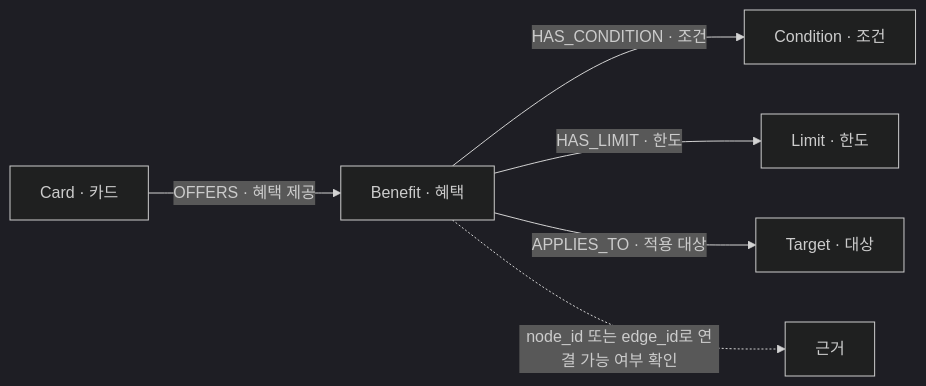
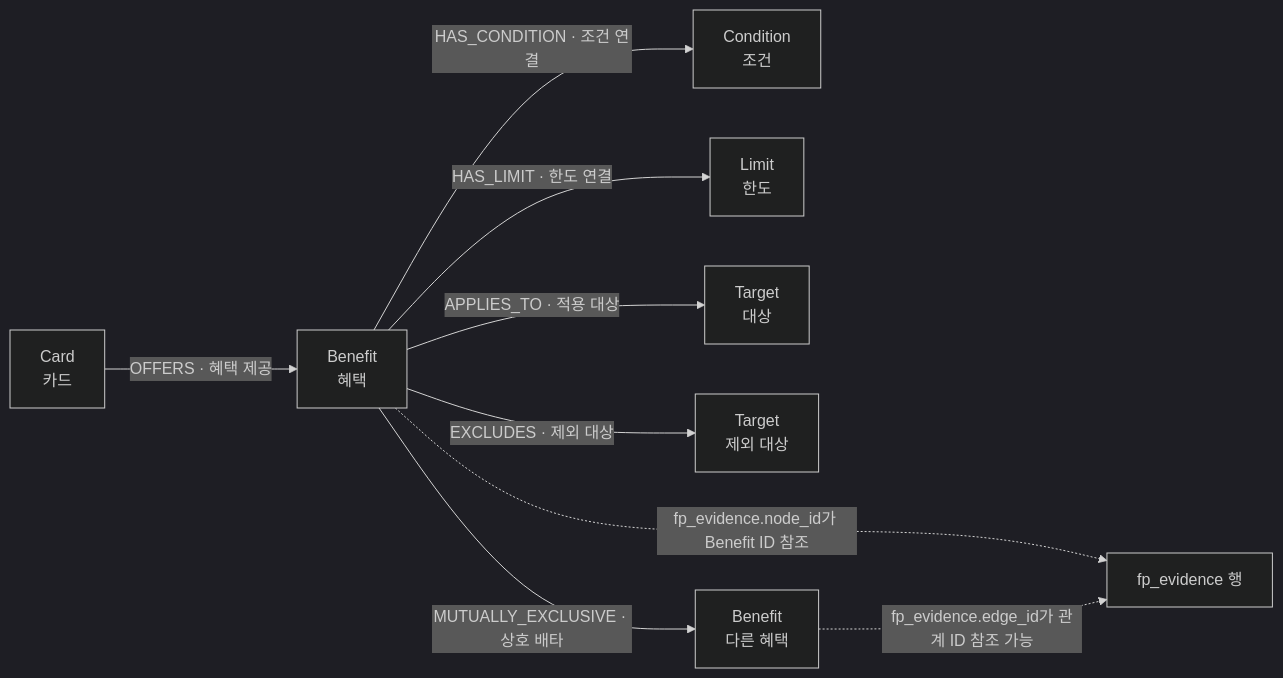
The third of 4 diagrams in src/card_benefit/payment_card/file_pipeline/chat/카드혜택-Supabase-구조-보완-초안.md (encore-ai-campus/mle-02-p2-team3), drawn with Mermaid (dark theme) before and after one commit. The commit also changed other lines of this file and 2 other files, not shown here.

````diff
--- a/src/card_benefit/payment_card/file_pipeline/chat/카드혜택-Supabase-구조-보완-초안.md
+++ b/src/card_benefit/payment_card/file_pipeline/chat/카드혜택-Supabase-구조-보완-초안.md
@@ -39,8 +77,11 @@
 ```mermaid
 flowchart LR
- C[Card · 카드] -->|OFFERS · 혜택 제공| B[Benefit · 혜택]
- B -->|HAS_CONDITION · 조건| Q[Condition · 조건]
- B -->|HAS_LIMIT · 한도| L[Limit · 한도]
- B -->|APPLIES_TO · 적용 대상| T[Target · 대상]
- B -. node_id 또는 edge_id로 연결 가능 여부 확인 .-> V[근거]
+    C[Card<br/>카드] -->|OFFERS · 혜택 제공| B[Benefit<br/>혜택]
+    B -->|HAS_CONDITION · 조건 연결| Q[Condition<br/>조건]
+    B -->|HAS_LIMIT · 한도 연결| L[Limit<br/>한도]
+    B -->|APPLIES_TO · 적용 대상| T[Target<br/>대상]
+    B -->|EXCLUDES · 제외 대상| X[Target<br/>제외 대상]
+    B -->|MUTUALLY_EXCLUSIVE · 상호 배타| B2[Benefit<br/>다른 혜택]
+    B -.->|fp_evidence.node_id가 Benefit ID 참조| EV[fp_evidence 행]
+    B2 -.->|fp_evidence.edge_id가 관계 ID 참조 가능| EV
 ```
````
